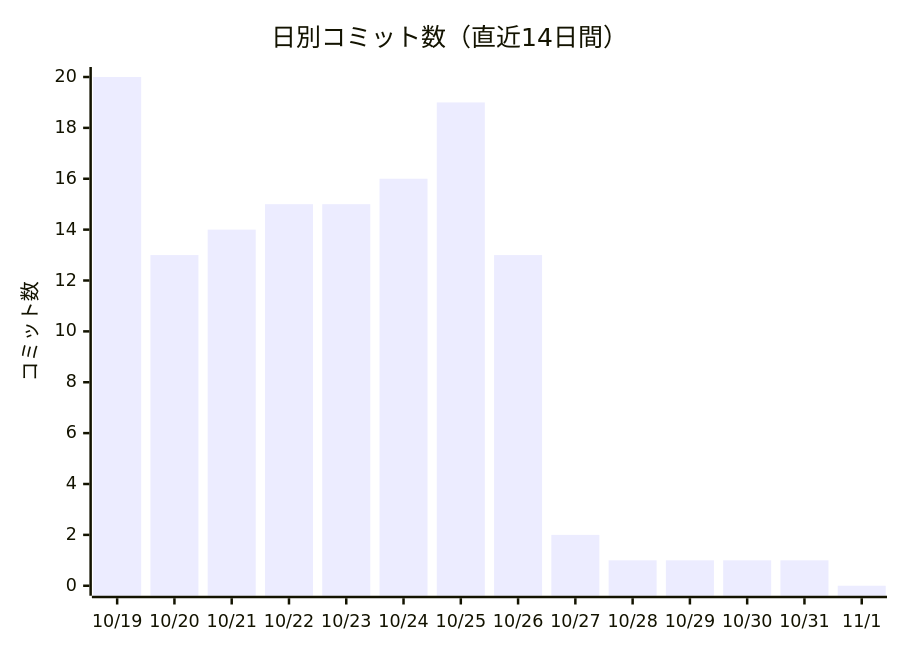
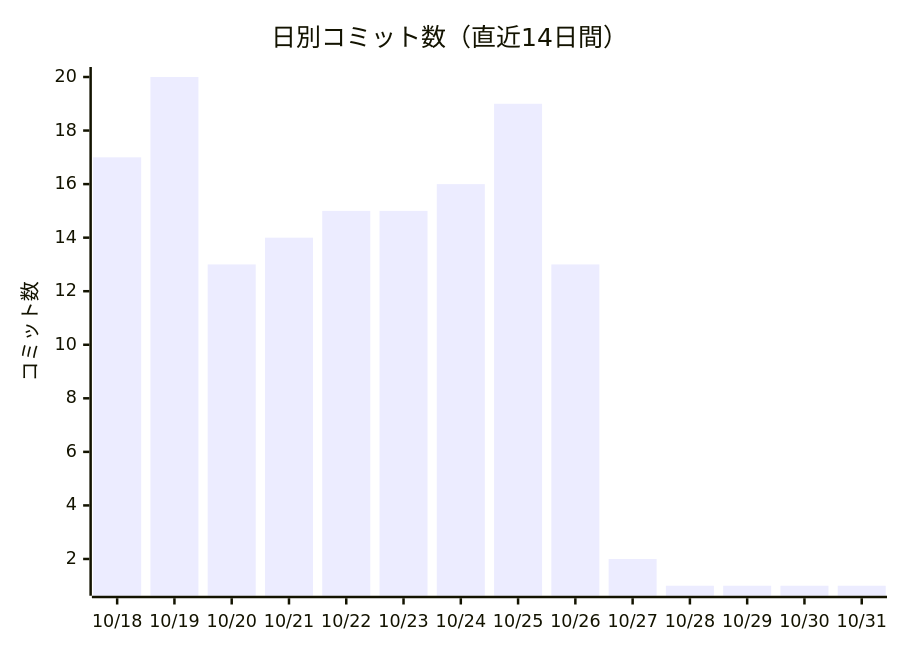
Before and after one commit to non-x2/non-x2: the first of 2 diagrams in docs/進化レポート.md, drawn with Mermaid. The commit also changed other lines of this file and 1 other file, not shown here.

Commit message:
🌱 アイデア帳の整理：要相談の数字を実測で更新し、候補33を候補90へ統合
PR #110 に改良が5件たまったため、型（SKILL.md の②の表）どおり新しい改良は
追加せず、今日はアイデア帳の整理を1つだけ行った。

- 🙋要相談の「測った日つきの数字」3か所を実測で更新
  ・④予備の文章：49.1日前 → 62.1日前（気象庁のいまの台風は31号）
  ・リンク点検の自動化のお願い：2か月 → 2か月半（74日）待ち
  ・YouTube「防災グッズ5選」のねらい日：7週間 → 9週間あと
  ・あわせて Issue #96 が開いたままの日数（61日）も添えた
- 候補33を候補90へ統合（同じ話が2行に分かれていた）。33は📦へ1行だけ残す
  → 💡候補 43行 → 42行

実測は npm run check:typhoon-snapshot と Issue #96 の確認。
npm run check は全11種類✅・❌0。進化レポートも作り直した。
コード・アプリ・安全装置・.github/workflows/・data/ には触っていない。

Claude-Session: https://claude.ai/code/session_01EzYAXSuDZ2e4ctrY238yU3

````diff
--- a/docs/進化レポート.md
+++ b/docs/進化レポート.md
@@ -23,7 +23,7 @@
 ```mermaid
 xychart-beta
     title "日別コミット数（直近14日間）"
-    x-axis ["10/19", "10/20", "10/21", "10/22", "10/23", "10/24", "10/25", "10/26", "10/27", "10/28", "10/29", "10/30", "10/31", "11/1"]
+    x-axis ["10/18", "10/19", "10/20", "10/21", "10/22", "10/23", "10/24", "10/25", "10/26", "10/27", "10/28", "10/29", "10/30", "10/31"]
     y-axis "コミット数"
-    bar [20, 13, 14, 15, 15, 16, 19, 13, 2, 1, 1, 1, 1, 0]
+    bar [17, 20, 13, 14, 15, 15, 16, 19, 13, 2, 1, 1, 1, 1]
 ```
````
